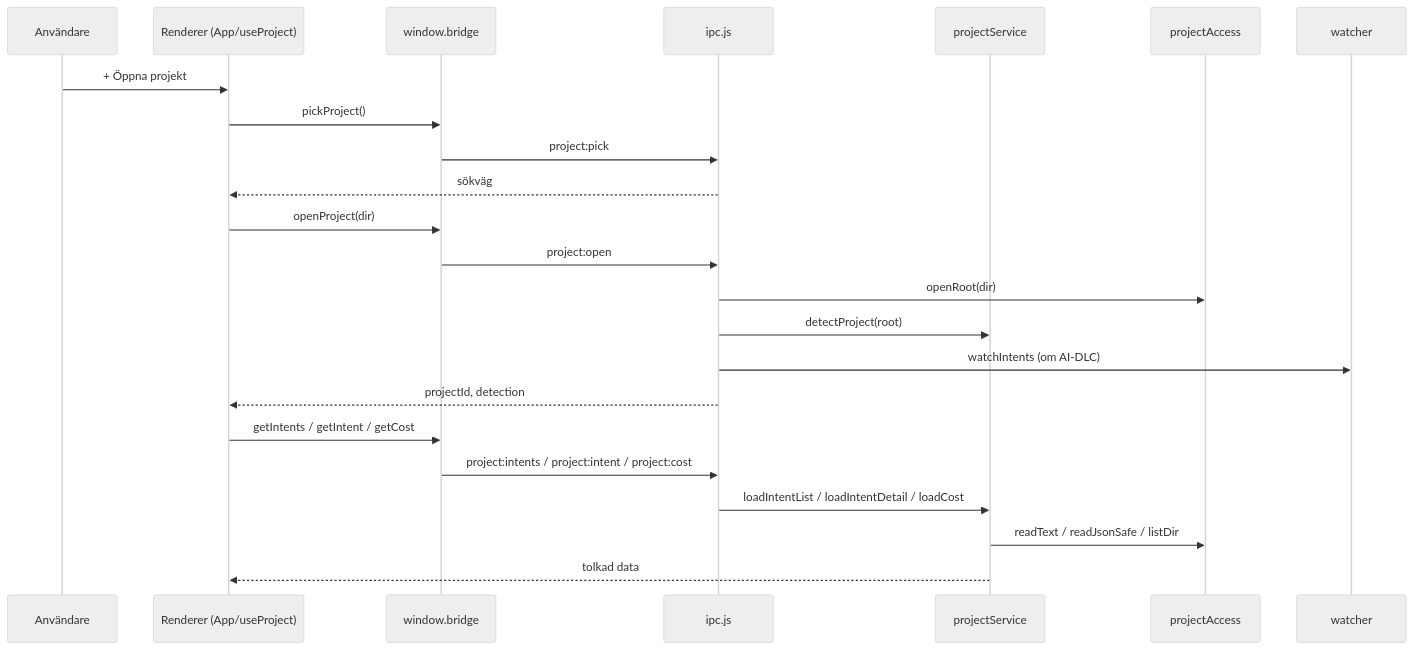
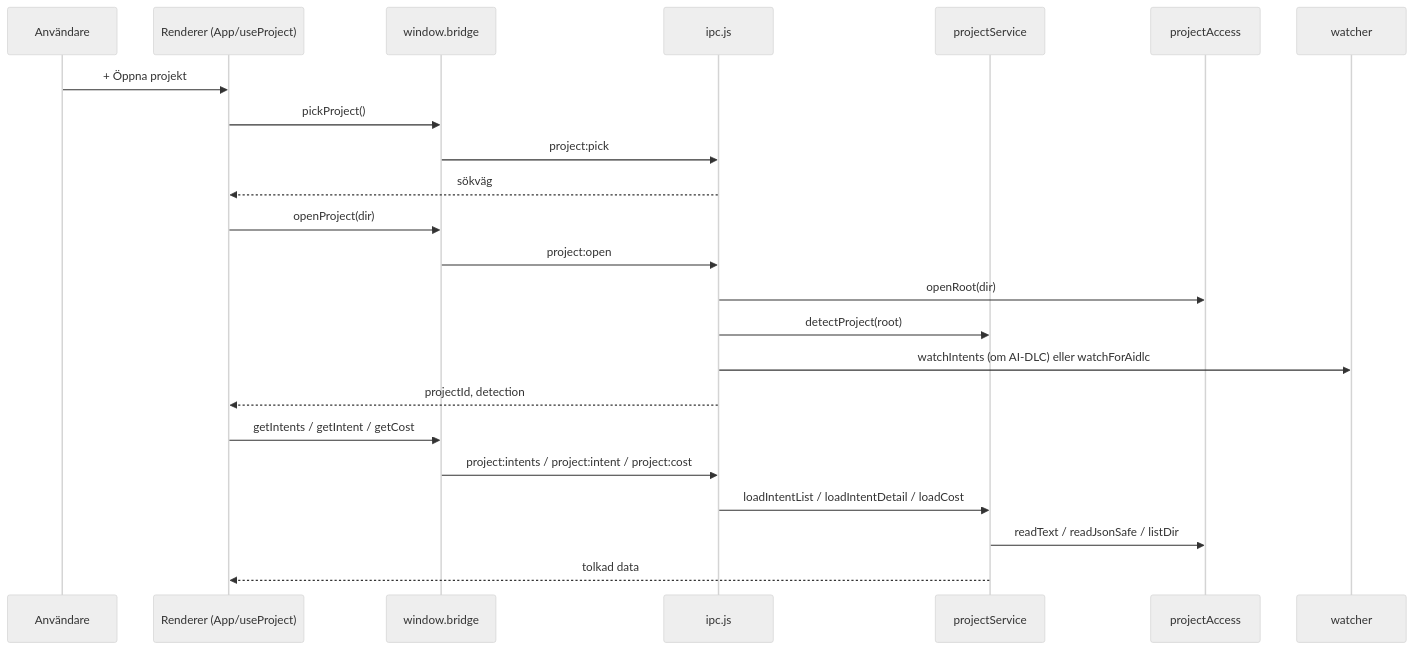
Before and after one commit to tochman/ai-dlc-thadeus: the second of 5 diagrams in aidlc/spaces/default/codekb/aidlc-dash/architecture.md, drawn with Mermaid (neutral theme). The commit also changed other lines of this file and 64 other files, not shown here.

````diff
--- a/aidlc/spaces/default/codekb/aidlc-dash/architecture.md
+++ b/aidlc/spaces/default/codekb/aidlc-dash/architecture.md
@@ -90,25 +105,25 @@
 ```mermaid
 sequenceDiagram
   participant U as Användare
   participant R as Renderer (App/useProject)
   participant B as window.bridge
   participant I as ipc.js
   participant S as projectService
   participant A as projectAccess
   participant W as watcher
   U->>R: + Öppna projekt
   R->>B: pickProject()
   B->>I: project:pick
   I-->>R: sökväg
   R->>B: openProject(dir)
   B->>I: project:open
   I->>A: openRoot(dir)
   I->>S: detectProject(root)
-  I->>W: watchIntents (om AI-DLC)
+  I->>W: watchIntents (om AI-DLC) eller watchForAidlc
   I-->>R: projectId, detection
   R->>B: getIntents / getIntent / getCost
   B->>I: project:intents / project:intent / project:cost
   I->>S: loadIntentList / loadIntentDetail / loadCost
   S->>A: readText / readJsonSafe / listDir
   S-->>R: tolkad data
 ```
````
